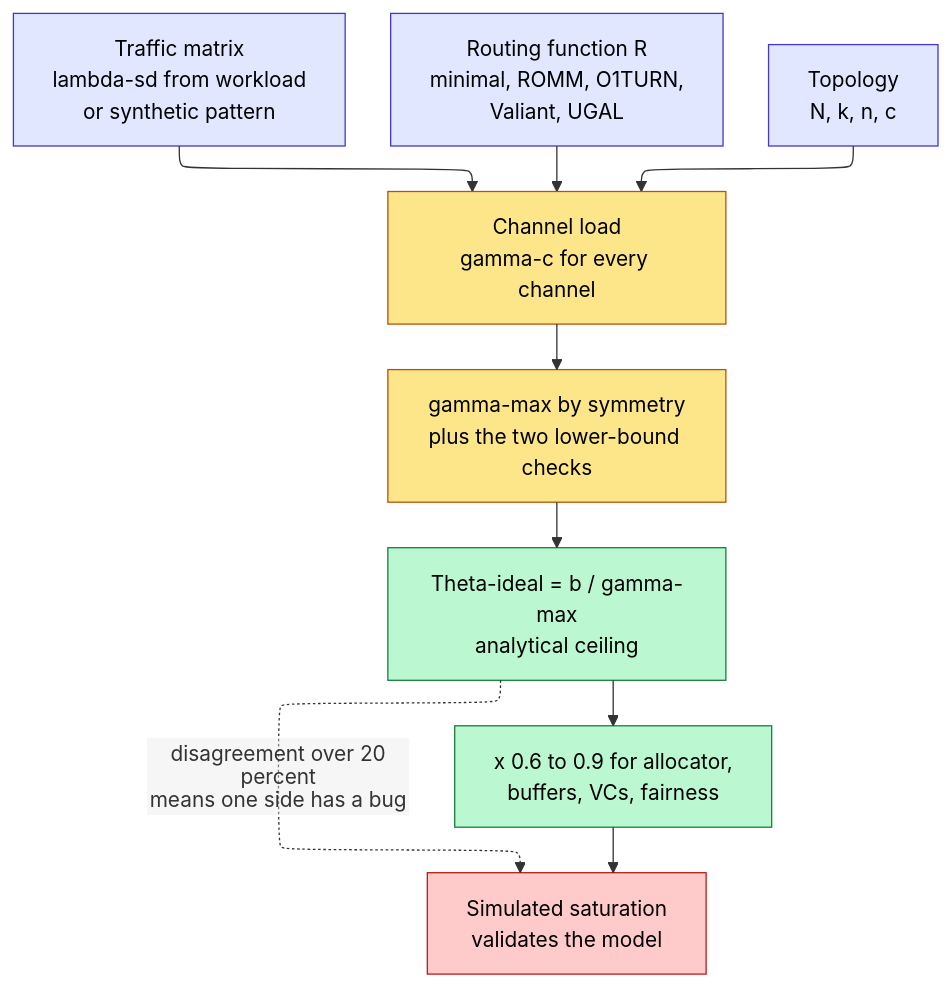
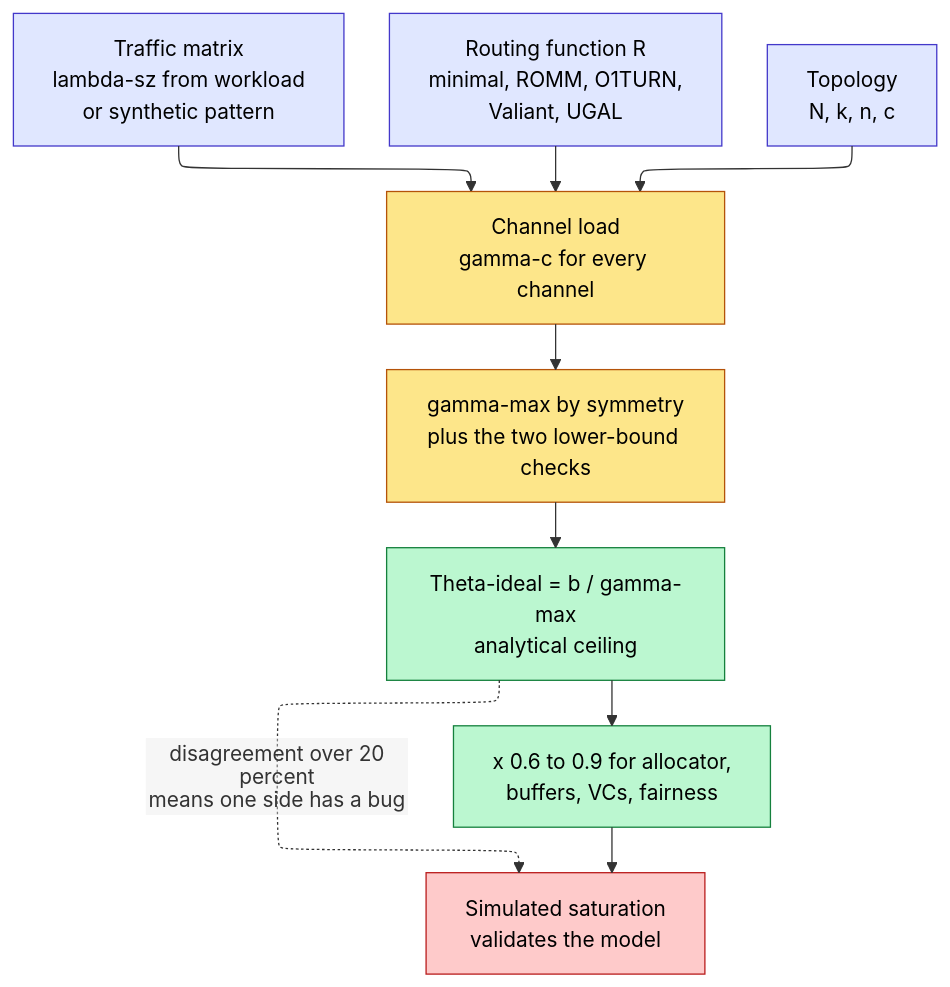
Before and after one commit to Wty2003328/silicon-design-notebook: the second of 4 diagrams in 01_Architecture_and_PPA/04_SoC_and_Chiplet_Architecture/04_On_Chip_Networks/04_Topology_Selection_and_Performance_Analysis.md, drawn with Mermaid. The commit also changed other lines of this file and 50 other files, not shown here.

First line of the commit message:
Add DRAM scheduling and hands-on DRAMSim; audit every equation and figure

````diff
--- a/01_Architecture_and_PPA/04_SoC_and_Chiplet_Architecture/04_On_Chip_Networks/04_Topology_Selection_and_Performance_Analysis.md
+++ b/01_Architecture_and_PPA/04_SoC_and_Chiplet_Architecture/04_On_Chip_Networks/04_Topology_Selection_and_Performance_Analysis.md
@@ -424,19 +429,19 @@
 ```mermaid
 %%{init: {"flowchart": {"defaultRenderer": "elk", "nodeSpacing": 50, "rankSpacing": 50, "htmlLabels": false}}}%%
 flowchart TD
-    TM["Traffic matrix<br/>lambda-sd from workload<br/>or synthetic pattern"]:::in
+    TM["Traffic matrix<br/>lambda-sz from workload<br/>or synthetic pattern"]:::in
     RT["Routing function R<br/>minimal, ROMM, O1TURN,<br/>Valiant, UGAL"]:::in
     TP["Topology<br/>N, k, n, c"]:::in
     TM --> LOAD["Channel load<br/>gamma-c for every channel"]:::calc
     RT --> LOAD
     TP --> LOAD
     LOAD --> MAXG["gamma-max by symmetry<br/>plus the two lower-bound checks"]:::calc
     MAXG --> TH["Theta-ideal = b / gamma-max<br/>analytical ceiling"]:::out
     TH --> DER["x 0.6 to 0.9 for allocator,<br/>buffers, VCs, fairness"]:::out
     DER --> SIM["Simulated saturation<br/>validates the model"]:::check
     TH -.->|"disagreement over 20 percent<br/>means one side has a bug"| SIM
     classDef in fill:#e0e7ff,stroke:#4338ca,color:#000
     classDef calc fill:#fde68a,stroke:#b45309,color:#000
     classDef out fill:#bbf7d0,stroke:#15803d,color:#000
     classDef check fill:#fecaca,stroke:#b91c1c,color:#000
 ```
````
